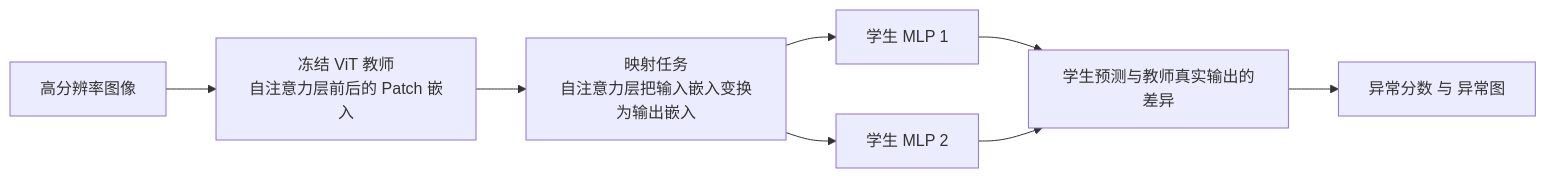
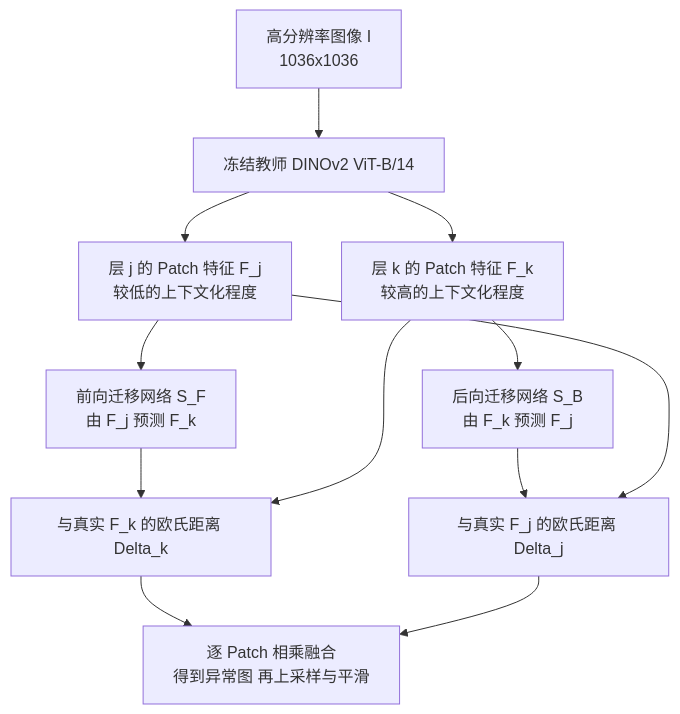
Before and after one commit to junxnone/aiwiki: the diagram in docs/bk/0752_paper_L2BT.md, drawn with Mermaid. The commit also changed other lines of this file and 1 other file, not shown here.

````diff
--- a/docs/bk/0752_paper_L2BT.md
+++ b/docs/bk/0752_paper_L2BT.md
@@ -28,10 +34,14 @@
 ``` mermaid
-graph LR
-    X["高分辨率图像"] --> V["冻结 ViT 教师<br/>自注意力层前后的 Patch 嵌入"]
-    V --> M["映射任务<br/>自注意力层把输入嵌入变换为输出嵌入"]
-    M --> S1["学生 MLP 1"]
-    M --> S2["学生 MLP 2"]
-    S1 --> E["学生预测与教师真实输出的差异"]
-    S2 --> E
-    E --> A["异常分数 与 异常图"]
+graph TD
+    X["高分辨率图像 I<br/>1036x1036"] --> T["冻结教师 DINOv2 ViT-B/14"]
+    T --> FJ["层 j 的 Patch 特征 F_j<br/>较低的上下文化程度"]
+    T --> FK["层 k 的 Patch 特征 F_k<br/>较高的上下文化程度"]
+    FJ --> SF["前向迁移网络 S_F<br/>由 F_j 预测 F_k"]
+    FK --> SB["后向迁移网络 S_B<br/>由 F_k 预测 F_j"]
+    SF --> DK["与真实 F_k 的欧氏距离 Delta_k"]
+    SB --> DJ["与真实 F_j 的欧氏距离 Delta_j"]
+    FK --> DK
+    FJ --> DJ
+    DK --> M["逐 Patch 相乘融合<br/>得到异常图 再上采样与平滑"]
+    DJ --> M
 ```
````
